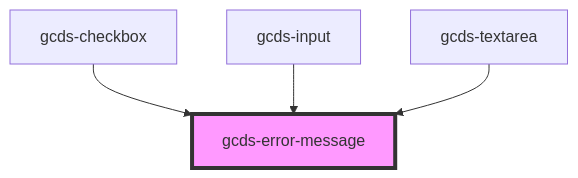
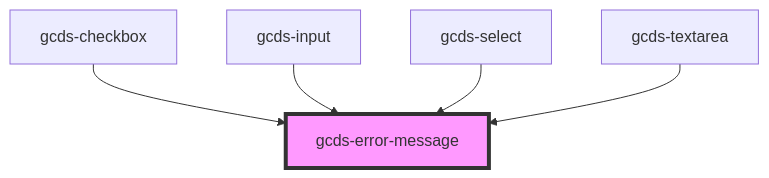
Before and after one commit to cds-snc/gcds-components: the diagram in src/components/gcds-error-message/readme.md, drawn with Mermaid. The commit also changed other lines of this file and 11 other files, not shown here.

Commit message:
add gcds-select component

````diff
--- a/src/components/gcds-error-message/readme.md
+++ b/src/components/gcds-error-message/readme.md
@@ -25,7 +26,8 @@
 ```mermaid
 graph TD;
   gcds-checkbox --> gcds-error-message
   gcds-input --> gcds-error-message
+  gcds-select --> gcds-error-message
   gcds-textarea --> gcds-error-message
   style gcds-error-message fill:#f9f,stroke:#333,stroke-width:4px
 ```
````
